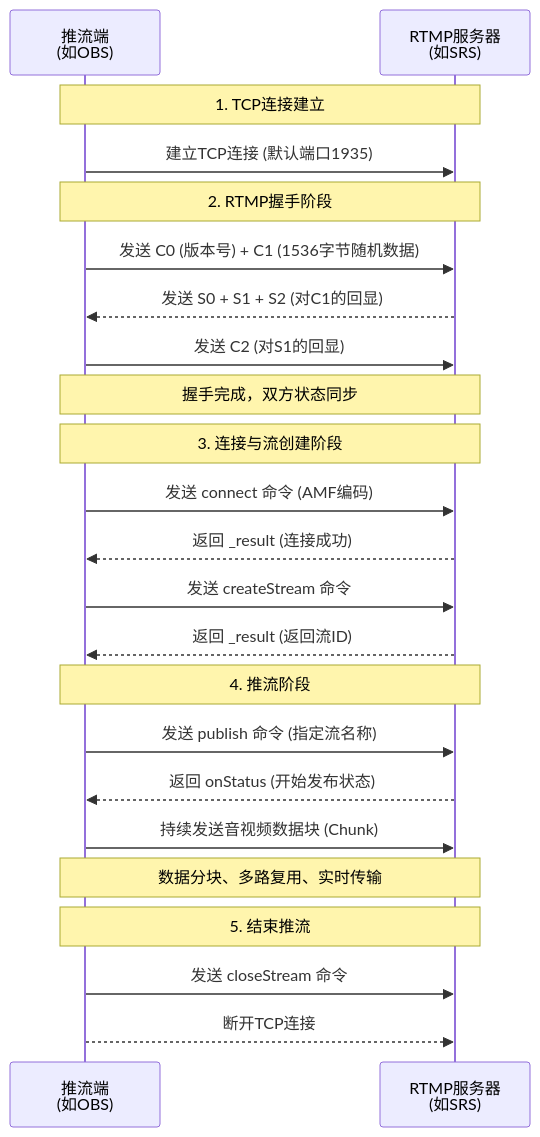
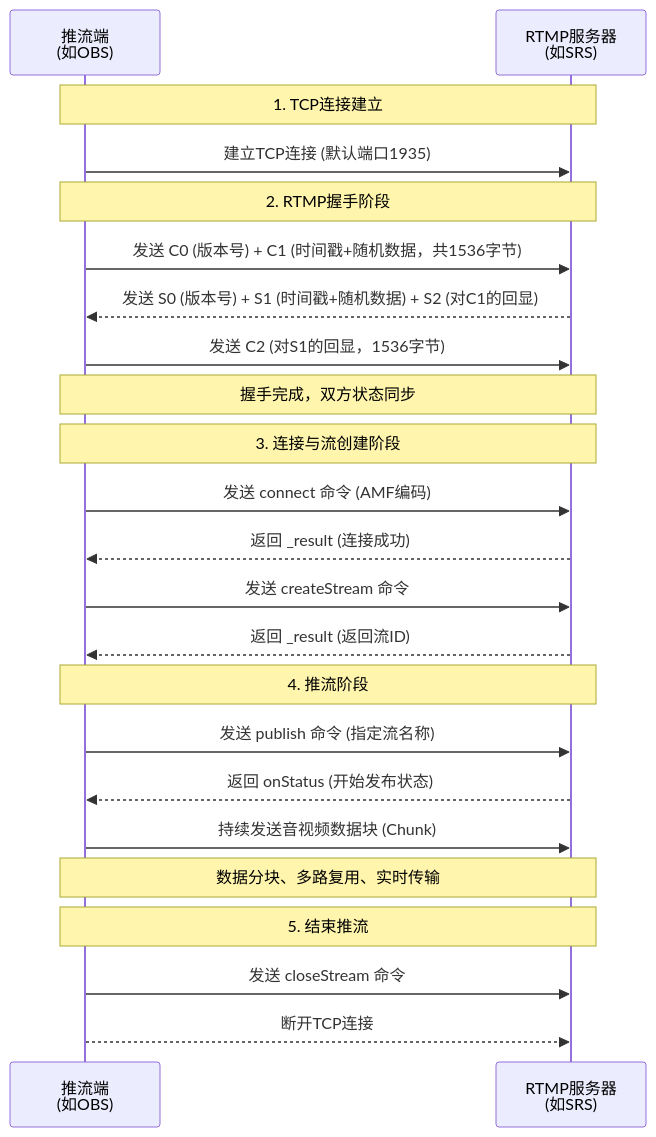
Before and after one commit to is-Aaron/is-Aaron.github.io: the second of 6 diagrams in _posts/2026-02-05-rtmp-protocol-live-streaming.md, drawn with Mermaid. The commit also changed other lines of this file and 15 other files, not shown here.

````diff
--- a/_posts/2026-02-05-rtmp-protocol-live-streaming.md
+++ b/_posts/2026-02-05-rtmp-protocol-live-streaming.md
@@ -98,30 +98,30 @@
 ```mermaid
 sequenceDiagram
     participant Client as 推流端<br/>(如OBS)
     participant Server as RTMP服务器<br/>(如SRS)
 
     Note over Client, Server: 1. TCP连接建立
     Client->>Server: 建立TCP连接 (默认端口1935)
 
     Note over Client, Server: 2. RTMP握手阶段
-    Client->>Server: 发送 C0 (版本号) + C1 (1536字节随机数据)
-    Server-->>Client: 发送 S0 + S1 + S2 (对C1的回显)
-    Client->>Server: 发送 C2 (对S1的回显)
+    Client->>Server: 发送 C0 (版本号) + C1 (时间戳+随机数据，共1536字节)
+    Server-->>Client: 发送 S0 (版本号) + S1 (时间戳+随机数据) + S2 (对C1的回显)
+    Client->>Server: 发送 C2 (对S1的回显，1536字节)
     Note over Client, Server: 握手完成，双方状态同步
 
     Note over Client, Server: 3. 连接与流创建阶段
     Client->>Server: 发送 connect 命令 (AMF编码)
     Server-->>Client: 返回 _result (连接成功)
     Client->>Server: 发送 createStream 命令
     Server-->>Client: 返回 _result (返回流ID)
 
     Note over Client, Server: 4. 推流阶段
     Client->>Server: 发送 publish 命令 (指定流名称)
     Server-->>Client: 返回 onStatus (开始发布状态)
     Client->>Server: 持续发送音视频数据块 (Chunk)
     Note over Client, Server: 数据分块、多路复用、实时传输
 
     Note over Client, Server: 5. 结束推流
     Client->>Server: 发送 closeStream 命令
     Client-->>Server: 断开TCP连接
 ```
````
